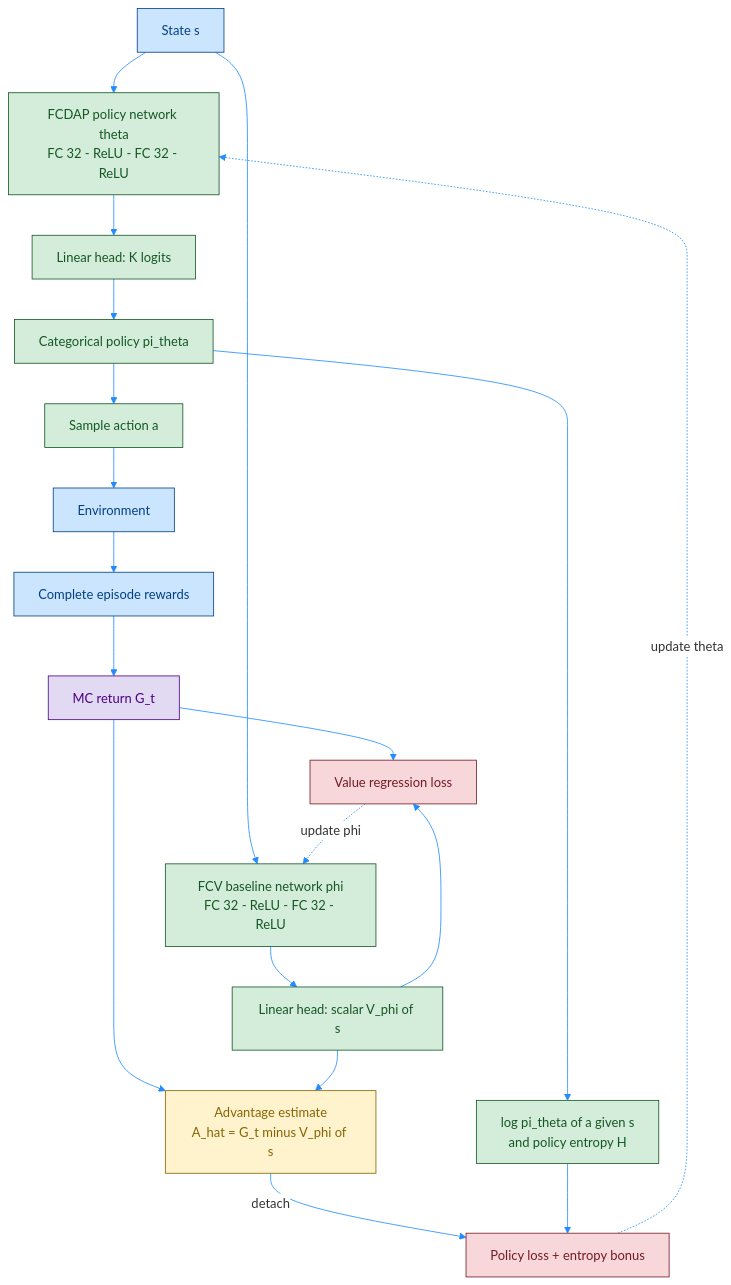
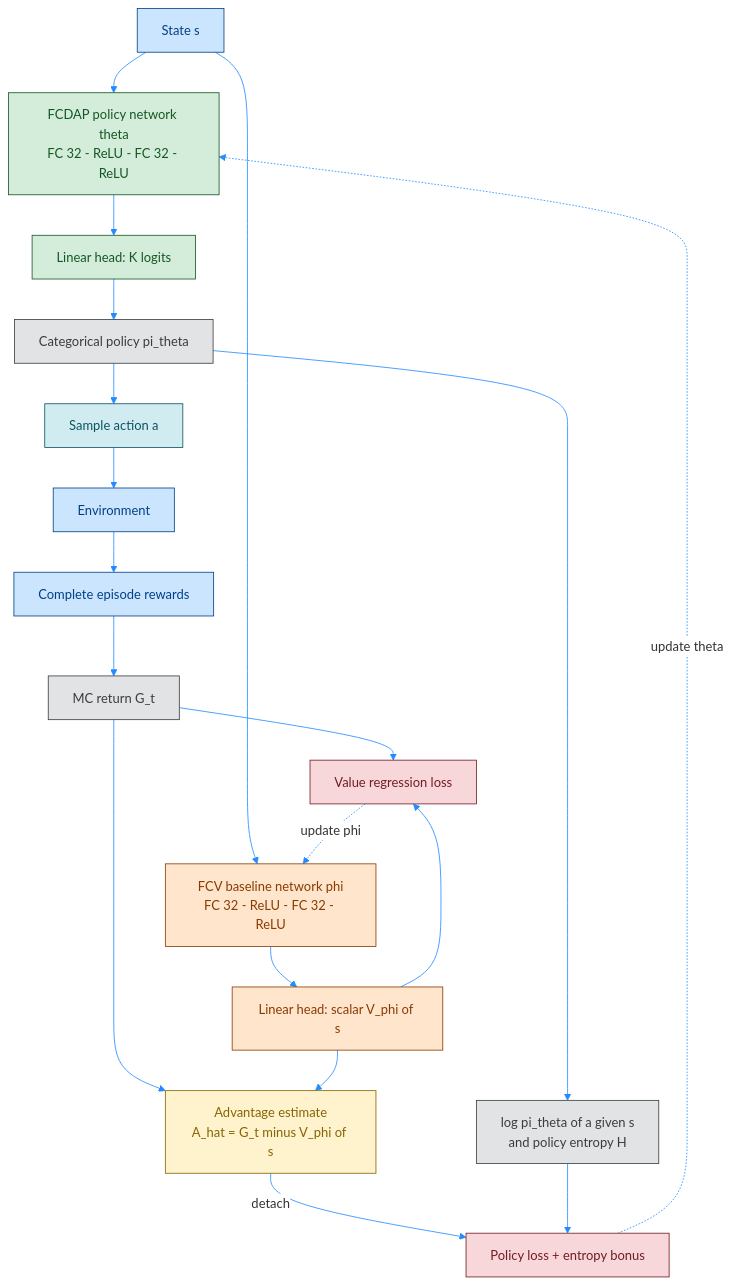
One commit to Open-Source-Robotics-For-Myanmar/rl changed the first of 3 diagrams in Day81 RL python/02_Miguel Morales - Grokking Deep Reinforcement Learning/02_rl_with_dl/rom_photos/07_1_PB_VPG.md. Above: the diagram before and after it, drawn with Mermaid. The commit also changed other lines of this file and 12 other files, not shown here.

````diff
--- a/Day81 RL python/02_Miguel Morales - Grokking Deep Reinforcement Learning/02_rl_with_dl/rom_photos/07_1_PB_VPG.md
+++ b/Day81 RL python/02_Miguel Morales - Grokking Deep Reinforcement Learning/02_rl_with_dl/rom_photos/07_1_PB_VPG.md
@@ -33,33 +40,38 @@
 ```mermaid
 %%{init: {'theme': 'base', 'themeVariables': { 'primaryColor': '#ffffff', 'lineColor': '#218bff'}}}%%
 flowchart TD
     S["State s"] --> P["FCDAP policy network theta<br/>FC 32 - ReLU - FC 32 - ReLU"]
     P --> Z["Linear head: K logits"]
     Z --> D["Categorical policy pi_theta"]
     D --> A["Sample action a"]
     D --> LP["log pi_theta of a given s<br/>and policy entropy H"]
     S --> V["FCV baseline network phi<br/>FC 32 - ReLU - FC 32 - ReLU"]
     V --> VS["Linear head: scalar V_phi of s"]
     A --> E["Environment"]
     E --> R["Complete episode rewards"]
     R --> G["MC return G_t"]
     G --> ADV["Advantage estimate<br/>A_hat = G_t minus V_phi of s"]
     VS --> ADV
     ADV -->|"detach"| L["Policy loss + entropy bonus"]
     LP --> L
     G --> LV["Value regression loss"]
     VS --> LV
     L -.->|"update theta"| P
     LV -.->|"update phi"| V
 
     classDef data fill:#cce5ff,stroke:#004085,stroke-width:1px,color:#004085;
-    classDef network fill:#d4edda,stroke:#155724,stroke-width:1px,color:#155724;
-    classDef advantage fill:#fff3cd,stroke:#856404,stroke-width:1px,color:#856404;
-    classDef target fill:#e2d9f3,stroke:#4b0082,stroke-width:1px,color:#4b0082;
+    classDef batch fill:#fff3cd,stroke:#856404,stroke-width:1px,color:#856404;
     classDef train fill:#f8d7da,stroke:#721c24,stroke-width:1px,color:#721c24;
+    classDef process fill:#d1ecf1,stroke:#0c5460,stroke-width:1px,color:#0c5460;
+    classDef result fill:#e2e3e5,stroke:#383d41,stroke-width:1px,color:#383d41;
+    classDef policyNetwork fill:#d4edda,stroke:#155724,stroke-width:1px,color:#155724;
+    classDef valueNetwork fill:#ffe5cc,stroke:#8a3b00,stroke-width:1px,color:#8a3b00;
+
     class S,E,R data;
-    class P,Z,D,A,LP,V,VS network;
-    class ADV advantage;
-    class G target;
+    class ADV batch;
     class L,LV train;
+    class A process;
+    class D,LP,G result;
+    class P,Z policyNetwork;
+    class V,VS valueNetwork;
 ```
````
